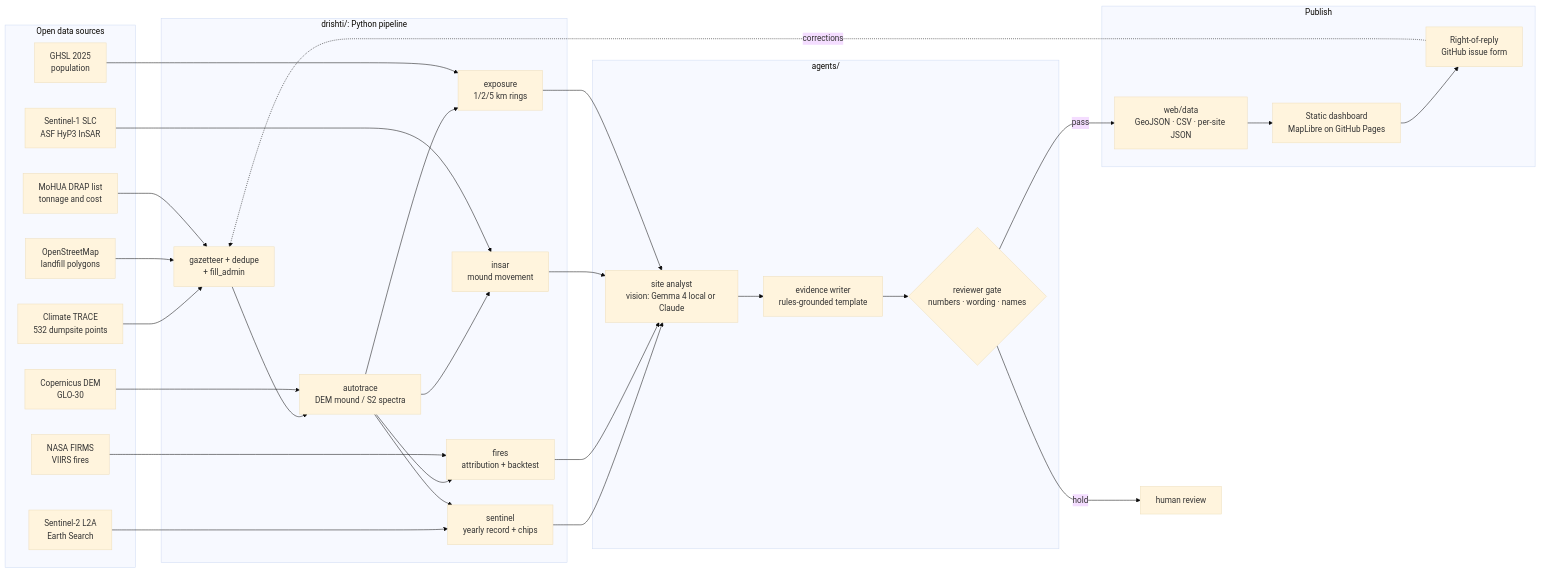
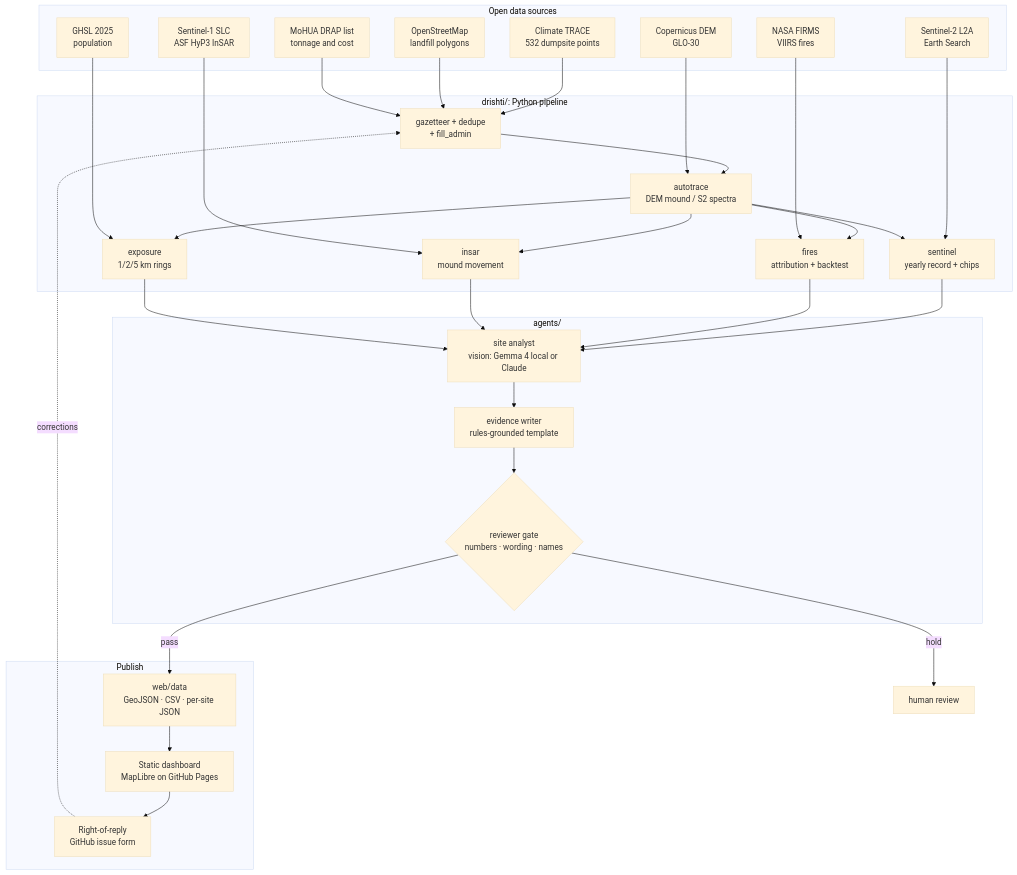
Before and after one commit to TusharTechs/swachh-drishti: the diagram in README.md, drawn with Mermaid (base theme).

Commit message:
README: vertical architecture diagram for readability

````diff
--- a/README.md
+++ b/README.md
@@ -93,47 +93,47 @@
 ```mermaid
-flowchart LR
+flowchart TB
   subgraph SRC[Open data sources]
     CT[Climate TRACE<br/>532 dumpsite points]
     OSM[OpenStreetMap<br/>landfill polygons]
     DRAP[MoHUA DRAP list<br/>tonnage and cost]
     S2[Sentinel-2 L2A<br/>Earth Search]
     DEM[Copernicus DEM<br/>GLO-30]
     FIRMS[NASA FIRMS<br/>VIIRS fires]
     S1[Sentinel-1 SLC<br/>ASF HyP3 InSAR]
     GHSL[GHSL 2025<br/>population]
   end
 
   subgraph PIPE[drishti/: Python pipeline]
     G[gazetteer + dedupe<br/>+ fill_admin]
     T[autotrace<br/>DEM mound / S2 spectra]
     IM[sentinel<br/>yearly record + chips]
     F[fires<br/>attribution + backtest]
     R[insar<br/>mound movement]
     E[exposure<br/>1/2/5 km rings]
   end
 
   subgraph AG[agents/]
     A1[site analyst<br/>vision: Gemma 4 local or Claude]
     A2[evidence writer<br/>rules-grounded template]
     A3{reviewer gate<br/>numbers · wording · names}
   end
 
   subgraph OUT[Publish]
     W[web/data<br/>GeoJSON · CSV · per-site JSON]
     UI[Static dashboard<br/>MapLibre on GitHub Pages]
     ROR[Right-of-reply<br/>GitHub issue form]
   end
 
   CT & OSM & DRAP --> G --> T
   DEM --> T
   S2 --> IM
   T --> IM & F & R & E
   FIRMS --> F
   S1 --> R
   GHSL --> E
   IM & F & R & E --> A1 --> A2 --> A3
   A3 -- pass --> W
   A3 -- hold --> H[human review]
   W --> UI --> ROR
   ROR -. corrections .-> G
 ```
````
